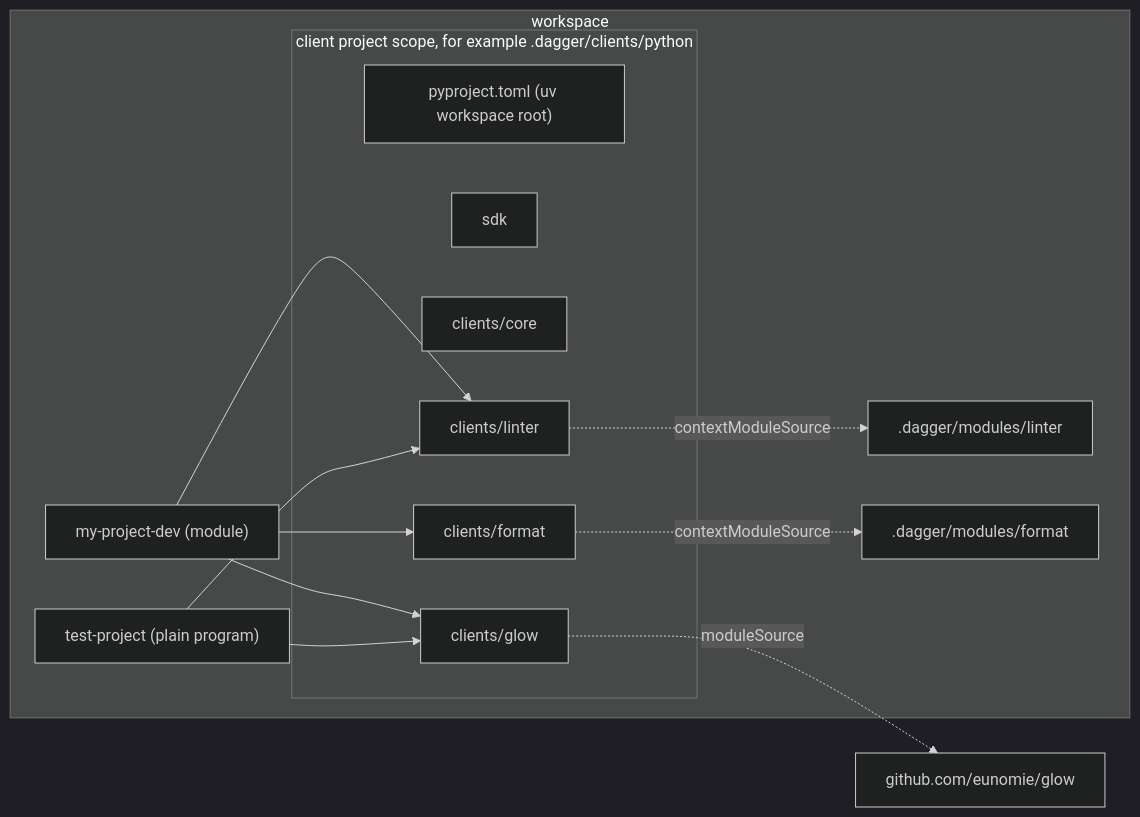
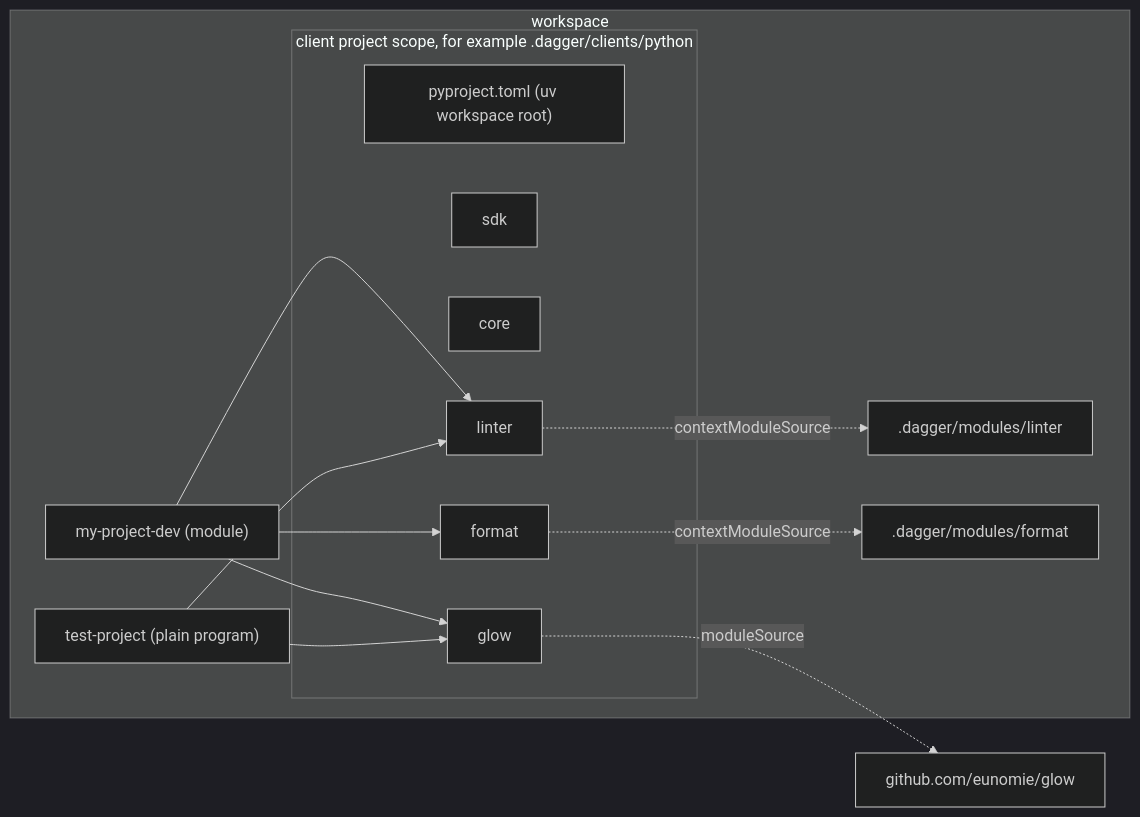
One commit to dagger/python-sdk changed the second of 3 diagrams in hack/designs/2026-09-15-unified-clients.md. Above: the diagram before and after it, drawn with Mermaid (dark theme). The commit also changed other lines of this file, not shown here.

First line of the commit message:
hack/designs: unified clients revision 6

````diff
--- a/hack/designs/2026-09-15-unified-clients.md
+++ b/hack/designs/2026-09-15-unified-clients.md
@@ -144,26 +149,26 @@
 ```mermaid
 graph LR
   subgraph WS["workspace"]
     MOD["my-project-dev (module)"]
     TP["test-project (plain program)"]
     subgraph SC["client project scope, for example .dagger/clients/python"]
       ROOT["pyproject.toml (uv workspace root)"]
       SDK["sdk"]
-      CORE["clients/core"]
-      L["clients/linter"]
-      F["clients/format"]
-      G["clients/glow"]
+      CORE["core"]
+      L["linter"]
+      F["format"]
+      G["glow"]
     end
     LM[".dagger/modules/linter"]
     FM[".dagger/modules/format"]
   end
   GLOW["github.com/eunomie/glow"]
   MOD --> L
   MOD --> F
   MOD --> G
   TP --> L
   TP --> G
   L -. contextModuleSource .-> LM
   F -. contextModuleSource .-> FM
   G -. moduleSource .-> GLOW
 ```
````
